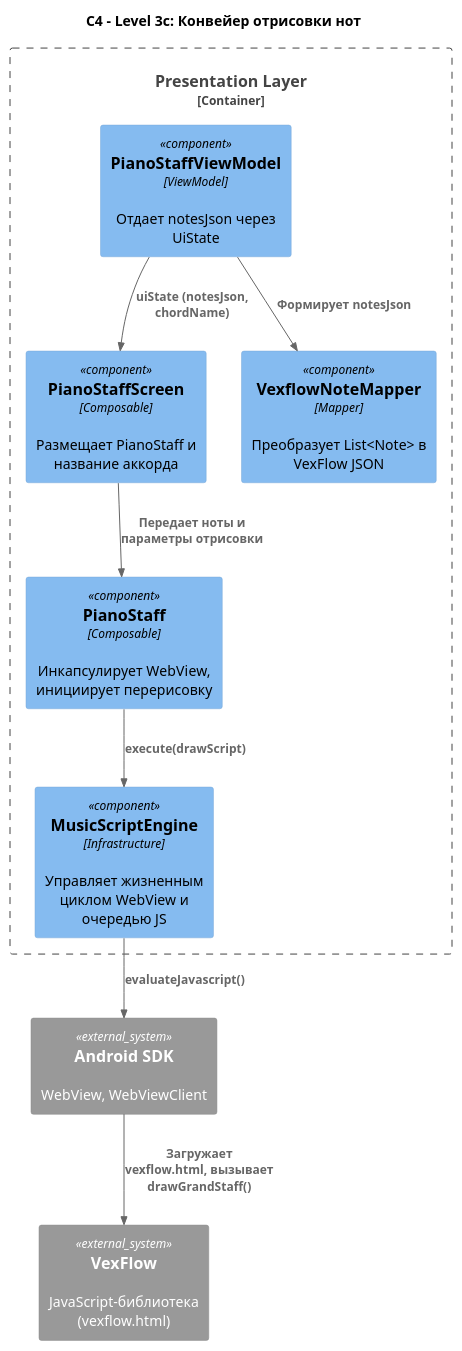
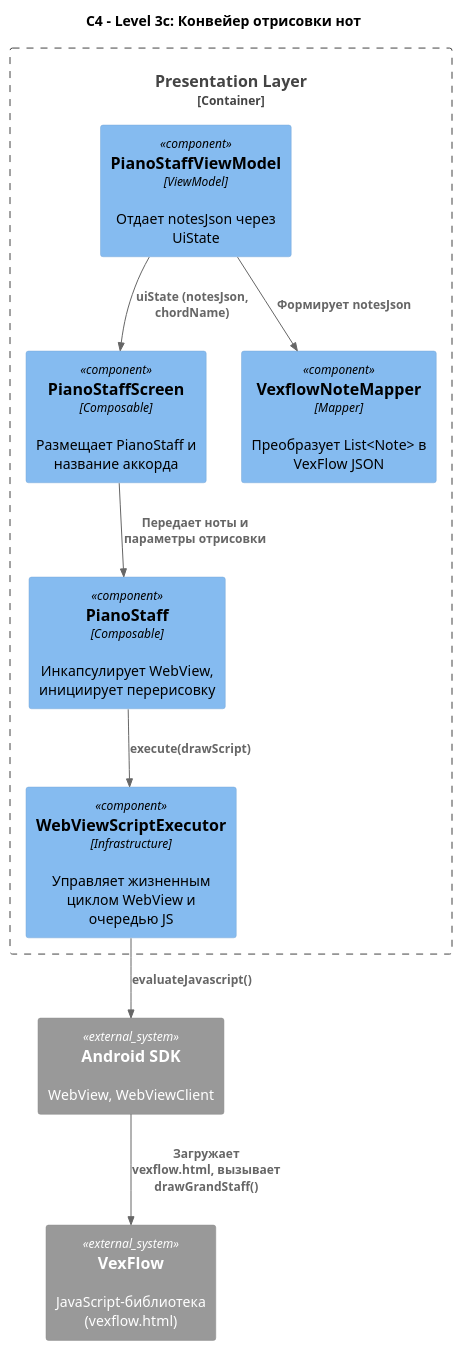
Before and after one commit to astrizhachuk/PianoFlow: the fourth of 10 diagrams in docs/ru/specs/MIDI_MESSAGE_PROCESSING.md, drawn with PlantUML. The commit also changed other lines of this file and 4 other files, not shown here.

Commit message:
refactor: заменить MusicScriptEngine на WebViewScriptExecutor для выполнения JavaScript в WebView

````diff
--- a/docs/ru/specs/MIDI_MESSAGE_PROCESSING.md
+++ b/docs/ru/specs/MIDI_MESSAGE_PROCESSING.md
@@ -195,29 +195,29 @@
 ```plantuml
 @startuml
 !include https://raw.githubusercontent.com/plantuml-stdlib/C4-PlantUML/master/C4_Component.puml
 
 title C4 - Level 3c: Конвейер отрисовки нот
 
 System_Ext(android_sdk, "Android SDK", "WebView, WebViewClient")
 System_Ext(vexflow, "VexFlow", "JavaScript-библиотека (vexflow.html)")
 
 Container_Boundary(presentation, "Presentation Layer") {
     Component(vm, "PianoStaffViewModel", "ViewModel", "Отдает notesJson через UiState")
     Component(screen, "PianoStaffScreen", "Composable", "Размещает PianoStaff и название аккорда")
     Component(staff, "PianoStaff", "Composable", "Инкапсулирует WebView, инициирует перерисовку")
     Component(mapper, "VexflowNoteMapper", "Mapper", "Преобразует List<Note> в VexFlow JSON")
-    Component(engine, "MusicScriptEngine", "Infrastructure", "Управляет жизненным циклом WebView и очередью JS")
+    Component(executor, "WebViewScriptExecutor", "Infrastructure", "Управляет жизненным циклом WebView и очередью JS")
 }
 
 ' Поток в Presentation
 Rel(vm, mapper, "Формирует notesJson")
 Rel(vm, screen, "uiState (notesJson, chordName)")
 Rel(screen, staff, "Передает ноты и параметры отрисовки")
-Rel(staff, engine, "execute(drawScript)")
+Rel(staff, executor, "execute(drawScript)")
 
 ' Инфраструктура
-Rel(engine, android_sdk, "evaluateJavascript()")
+Rel(executor, android_sdk, "evaluateJavascript()")
 Rel(android_sdk, vexflow, "Загружает vexflow.html, вызывает drawGrandStaff()")
 
 @enduml
 ```
````
